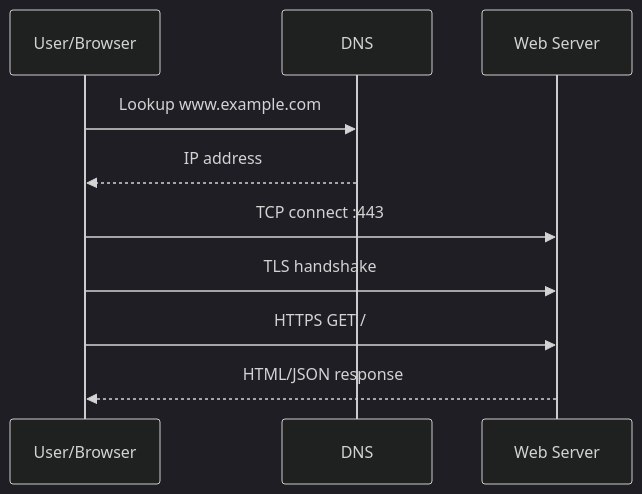
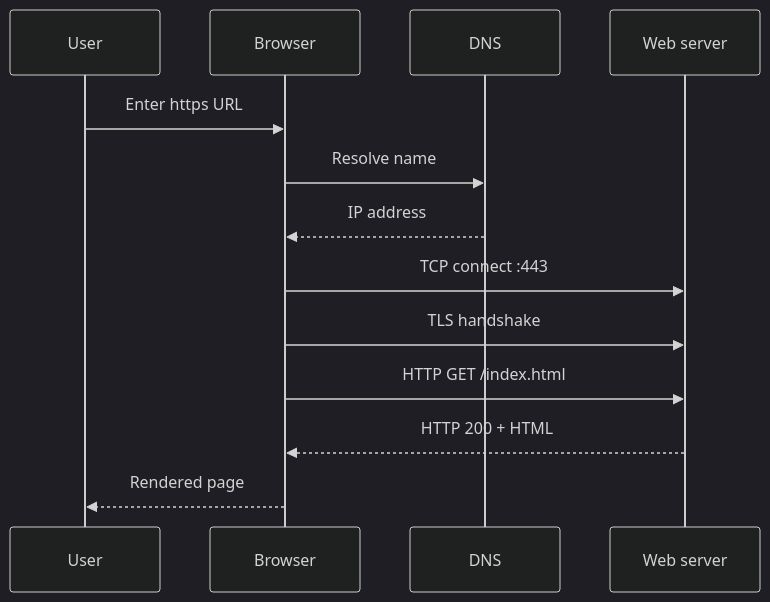
Before and after one commit to omnayak27199/pktana: the fifth of 7 diagrams in learning/07-application-layer.md, drawn with Mermaid (dark theme). The commit also changed other lines of this file and 14 other files, not shown here.

````diff
--- a/learning/07-application-layer.md
+++ b/learning/07-application-layer.md
@@ -29,12 +264,15 @@
 ```mermaid
 sequenceDiagram
-  participant U as User/Browser
+  participant U as User
+  participant B as Browser
   participant D as DNS
-  participant S as Web Server
-  U->>D: Lookup www.example.com
-  D-->>U: IP address
-  U->>S: TCP connect :443
-  U->>S: TLS handshake
-  U->>S: HTTPS GET /
-  S-->>U: HTML/JSON response
+  participant S as Web server
+  U->>B: Enter https URL
+  B->>D: Resolve name
+  D-->>B: IP address
+  B->>S: TCP connect :443
+  B->>S: TLS handshake
+  B->>S: HTTP GET /index.html
+  S-->>B: HTTP 200 + HTML
+  B-->>U: Rendered page
 ```
````
